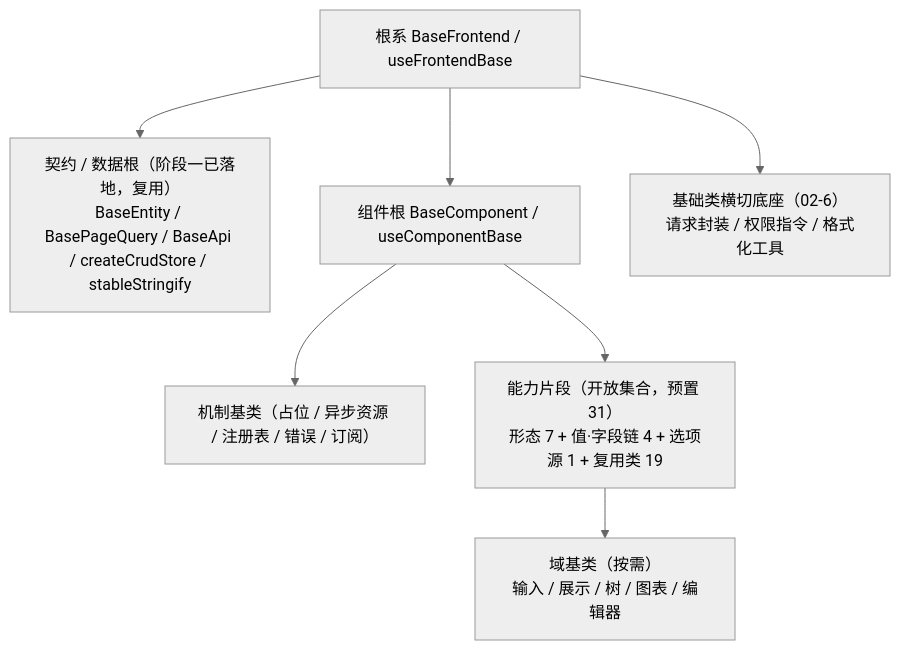
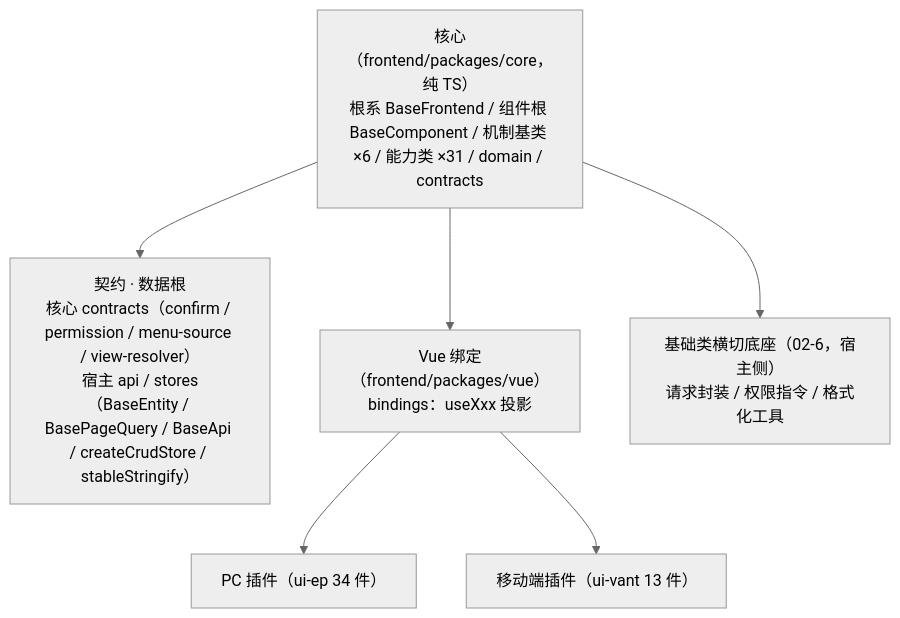
One commit to minjian123/basic-management-system changed the diagram in bms文档/项目/04_前端组件库/需求/02_需求_基础组件类.md. Above: the diagram before and after it, drawn with Mermaid (neutral theme). The commit also changed other lines of this file and 14 other files, not shown here.

````diff
--- a/bms文档/项目/04_前端组件库/需求/02_需求_基础组件类.md
+++ b/bms文档/项目/04_前端组件库/需求/02_需求_基础组件类.md
@@ -11,16 +11,14 @@
 ```mermaid
 flowchart TD
-    ROOT["根系 BaseFrontend / useFrontendBase"]
-    DATA["契约 / 数据根（阶段一已落地，复用）<br/>BaseEntity / BasePageQuery / BaseApi / createCrudStore / stableStringify"]
-    COMP["组件根 BaseComponent / useComponentBase"]
-    MECH["机制基类（占位 / 异步资源 / 注册表 / 错误 / 订阅）"]
-    CAP["能力片段（开放集合，预置 31）<br/>形态 7 + 值·字段链 4 + 选项源 1 + 复用类 19"]
-    DOM["域基类（按需）<br/>输入 / 展示 / 树 / 图表 / 编辑器"]
-    BASE["基础类横切底座（02-6）<br/>请求封装 / 权限指令 / 格式化工具"]
-    ROOT --> DATA
-    ROOT --> COMP
-    COMP --> MECH
-    COMP --> CAP
-    CAP --> DOM
-    ROOT --> BASE
+    CORE["核心（frontend/packages/core，纯 TS）<br/>根系 BaseFrontend / 组件根 BaseComponent / 机制基类 ×6 / 能力类 ×31 / domain / contracts"]
+    DATA["契约 · 数据根<br/>核心 contracts（confirm / permission / menu-source / view-resolver）<br/>宿主 api / stores（BaseEntity / BasePageQuery / BaseApi / createCrudStore / stableStringify）"]
+    VUE["Vue 绑定（frontend/packages/vue）<br/>bindings：useXxx 投影"]
+    EP["PC 插件（ui-ep 34 件）"]
+    VANT["移动端插件（ui-vant 13 件）"]
+    BASE["基础类横切底座（02-6，宿主侧）<br/>请求封装 / 权限指令 / 格式化工具"]
+    CORE --> DATA
+    CORE --> VUE
+    VUE --> EP
+    VUE --> VANT
+    CORE --> BASE
 ```
````
